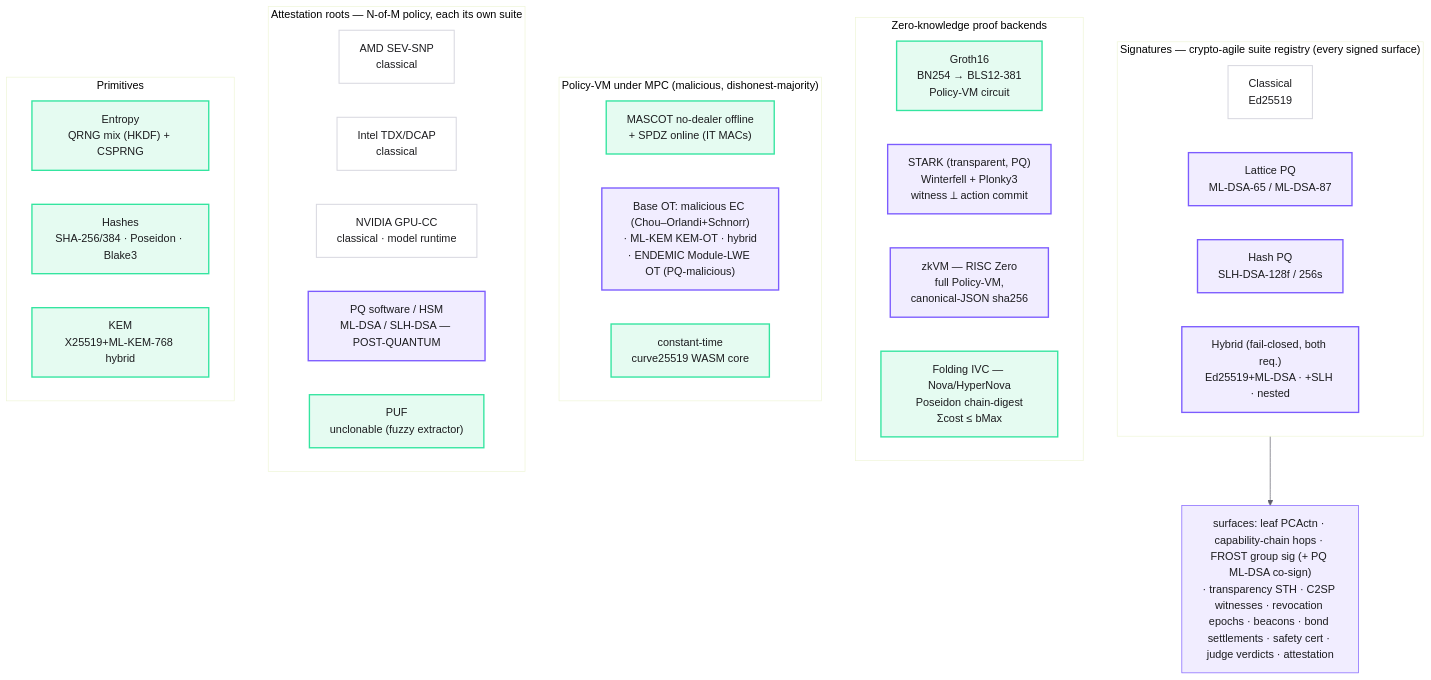
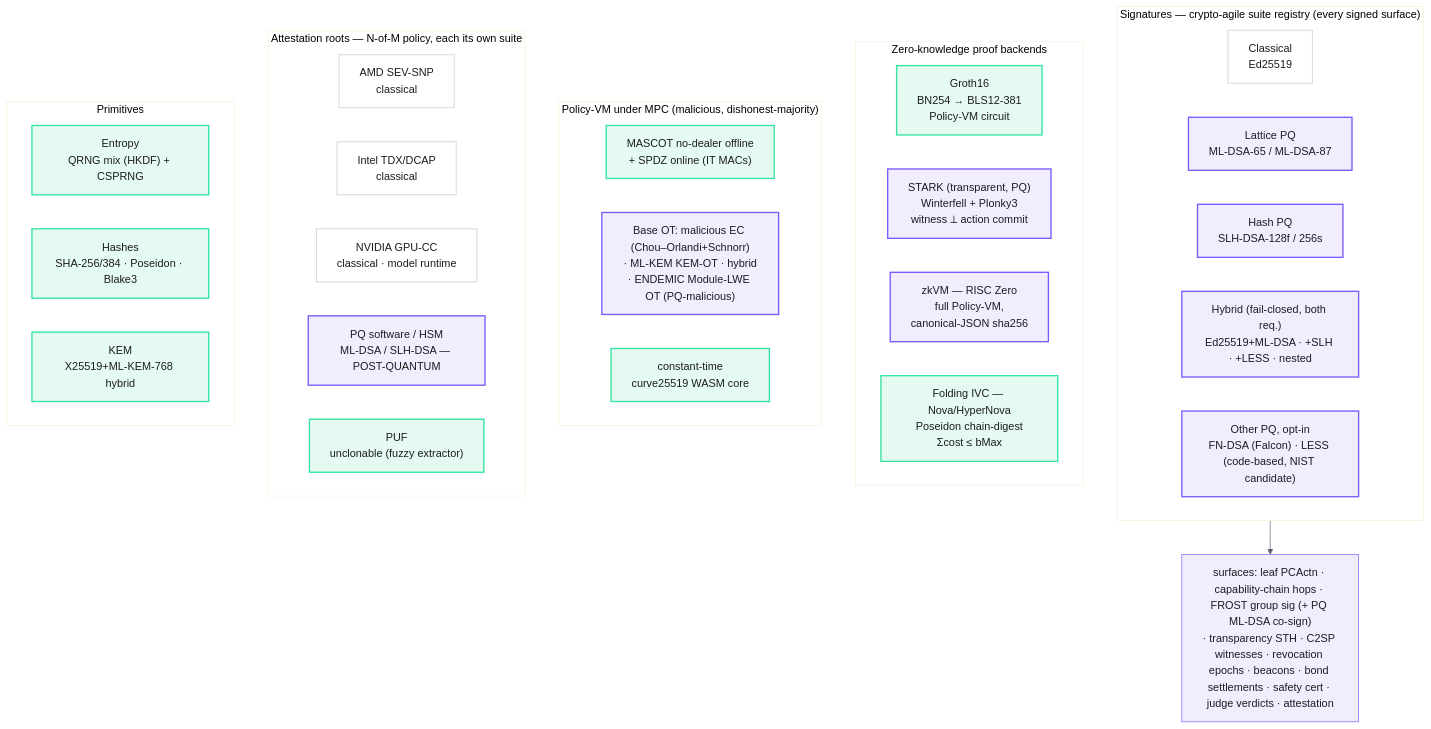
The diagram in docs/diagrams/crypto-backends.mmd (Atlas-Authorization/pca), drawn with Mermaid before and after one commit. The commit also changed 498 other files, not shown here.

```diff
--- a/docs/diagrams/crypto-backends.mmd
+++ b/docs/diagrams/crypto-backends.mmd
@@ -1,49 +1,50 @@
 %%{init: {'theme': 'base', 'themeVariables': {'primaryColor': '#f1edff', 'primaryBorderColor': '#7c5cff', 'primaryTextColor': '#1c1c1f', 'lineColor': '#5f5f6b', 'fontFamily': 'ui-sans-serif, system-ui, -apple-system, Segoe UI, Roboto, sans-serif'}}}%%
 flowchart TB
   subgraph SIG["Signatures — crypto-agile suite registry (every signed surface)"]
     direction LR
     S_C["Classical<br/>Ed25519"]
     S_L["Lattice PQ<br/>ML-DSA-65 / ML-DSA-87"]
     S_H["Hash PQ<br/>SLH-DSA-128f / 256s"]
-    S_X["Hybrid (fail-closed, both req.)<br/>Ed25519+ML-DSA · +SLH · nested"]
+    S_X["Hybrid (fail-closed, both req.)<br/>Ed25519+ML-DSA · +SLH · +LESS · nested"]
+    S_N["Other PQ, opt-in<br/>FN-DSA (Falcon) · LESS (code-based, NIST candidate)"]
   end
   SURF["surfaces: leaf PCActn · capability-chain hops · FROST group sig (+ PQ ML-DSA co-sign)<br/>· transparency STH · C2SP witnesses · revocation epochs · beacons · bond settlements · safety cert · judge verdicts · attestation"]
   SIG --> SURF
 
   subgraph ZK["Zero-knowledge proof backends"]
     direction LR
     Z_G["Groth16<br/>BN254 → BLS12-381<br/>Policy-VM circuit"]
     Z_S["STARK (transparent, PQ)<br/>Winterfell + Plonky3<br/>witness ⟂ action commit"]
     Z_V["zkVM — RISC Zero<br/>full Policy-VM,<br/>canonical-JSON sha256"]
     Z_F["Folding IVC — Nova/HyperNova<br/>Poseidon chain-digest<br/>Σcost ≤ bMax"]
   end
 
   subgraph MPC["Policy-VM under MPC (malicious, dishonest-majority)"]
     direction LR
     M_O["MASCOT no-dealer offline<br/>+ SPDZ online (IT MACs)"]
     M_B["Base OT: malicious EC (Chou–Orlandi+Schnorr)<br/>· ML-KEM KEM-OT · hybrid<br/>· ENDEMIC Module-LWE OT (PQ-malicious)"]
     M_W["constant-time<br/>curve25519 WASM core"]
   end
 
   subgraph ATT["Attestation roots — N-of-M policy, each its own suite"]
     direction LR
     A_AMD["AMD SEV-SNP<br/>classical"]
     A_INT["Intel TDX/DCAP<br/>classical"]
     A_NV["NVIDIA GPU-CC<br/>classical · model runtime"]
     A_PQ["PQ software / HSM<br/>ML-DSA / SLH-DSA — POST-QUANTUM"]
     A_PUF["PUF<br/>unclonable (fuzzy extractor)"]
   end
 
   subgraph PRIM["Primitives"]
     direction LR
     P_E["Entropy<br/>QRNG mix (HKDF) + CSPRNG"]
     P_H["Hashes<br/>SHA-256/384 · Poseidon · Blake3"]
     P_K["KEM<br/>X25519+ML-KEM-768 hybrid"]
   end
 
   classDef pq fill:#f1edff,stroke:#7c5cff,stroke-width:2px,color:#1c1c1f
   classDef cl fill:#fff,stroke:#d8d8e0,stroke-width:1.5px,color:#1c1c1f
   classDef good fill:#e5fbf1,stroke:#34e5a0,stroke-width:2px,color:#1c1c1f
-  class S_L,S_H,S_X,A_PQ,Z_S,Z_V,M_B pq
+  class S_L,S_H,S_X,S_N,A_PQ,Z_S,Z_V,M_B pq
   class S_C,A_AMD,A_INT,A_NV cl
   class P_E,P_H,P_K,A_PUF,Z_G,Z_F,M_O,M_W good
```
